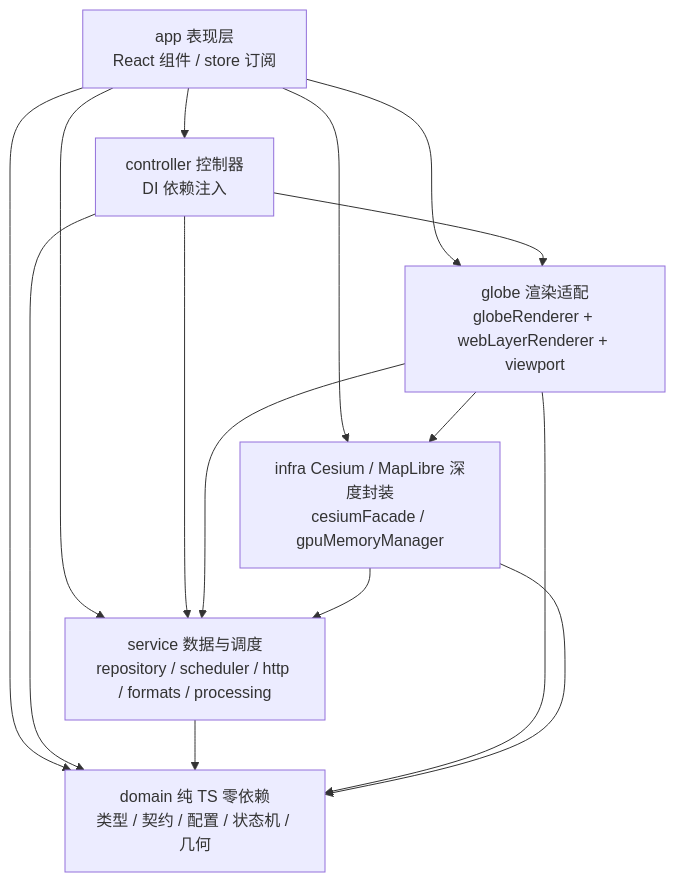
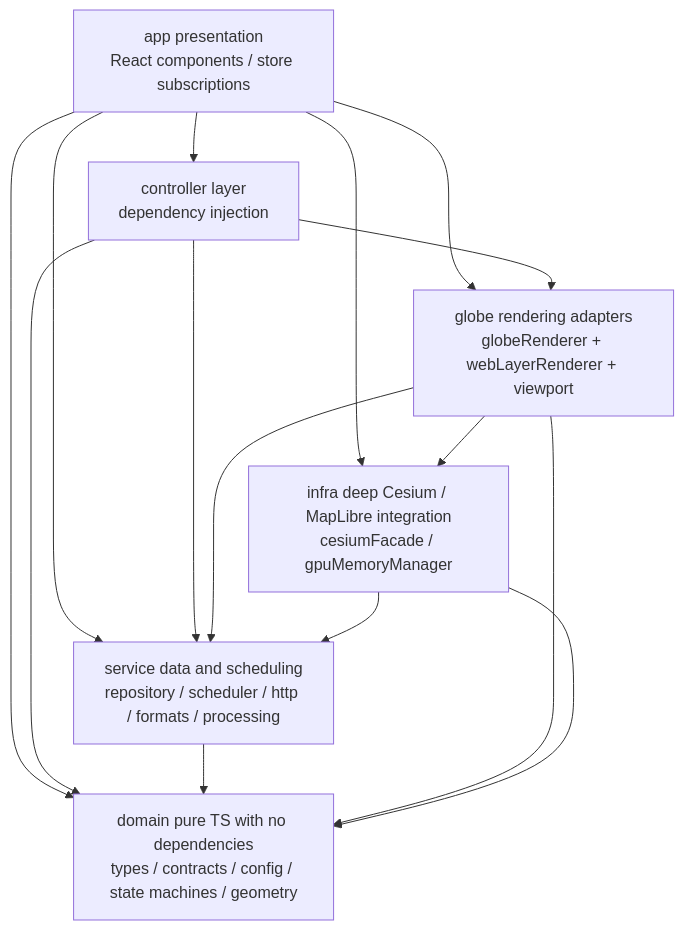
Before and after one commit to gis2all/earth-viewer: the diagram in README.md, drawn with Mermaid. The commit also changed other lines of this file and 4 other files, not shown here.

````diff
--- a/README.md
+++ b/README.md
@@ -72,24 +73,24 @@
 ```mermaid
 flowchart TD
-    App[app 表现层<br/>React 组件 / store 订阅]
-    Ctrl[controller 控制器<br/>DI 依赖注入]
-    Svc[service 数据与调度<br/>repository / scheduler / http / formats / processing]
-    Dom[domain 纯 TS 零依赖<br/>类型 / 契约 / 配置 / 状态机 / 几何]
-    Globe[globe 渲染适配<br/>globeRenderer + webLayerRenderer + viewport]
-    Infra[infra Cesium / MapLibre 深度封装<br/>cesiumFacade / gpuMemoryManager]
+    App[app presentation<br/>React components / store subscriptions]
+    Ctrl[controller layer<br/>dependency injection]
+    Svc[service data and scheduling<br/>repository / scheduler / http / formats / processing]
+    Dom[domain pure TS with no dependencies<br/>types / contracts / config / state machines / geometry]
+    Globe[globe rendering adapters<br/>globeRenderer + webLayerRenderer + viewport]
+    Infra[infra deep Cesium / MapLibre integration<br/>cesiumFacade / gpuMemoryManager]
 
     App --> Ctrl
     App --> Svc
     App --> Globe
     App --> Infra
     App --> Dom
     Ctrl --> Svc
     Ctrl --> Dom
     Ctrl --> Globe
     Svc --> Dom
     Globe --> Svc
     Globe --> Infra
     Globe --> Dom
     Infra --> Svc
     Infra --> Dom
 ```
````
